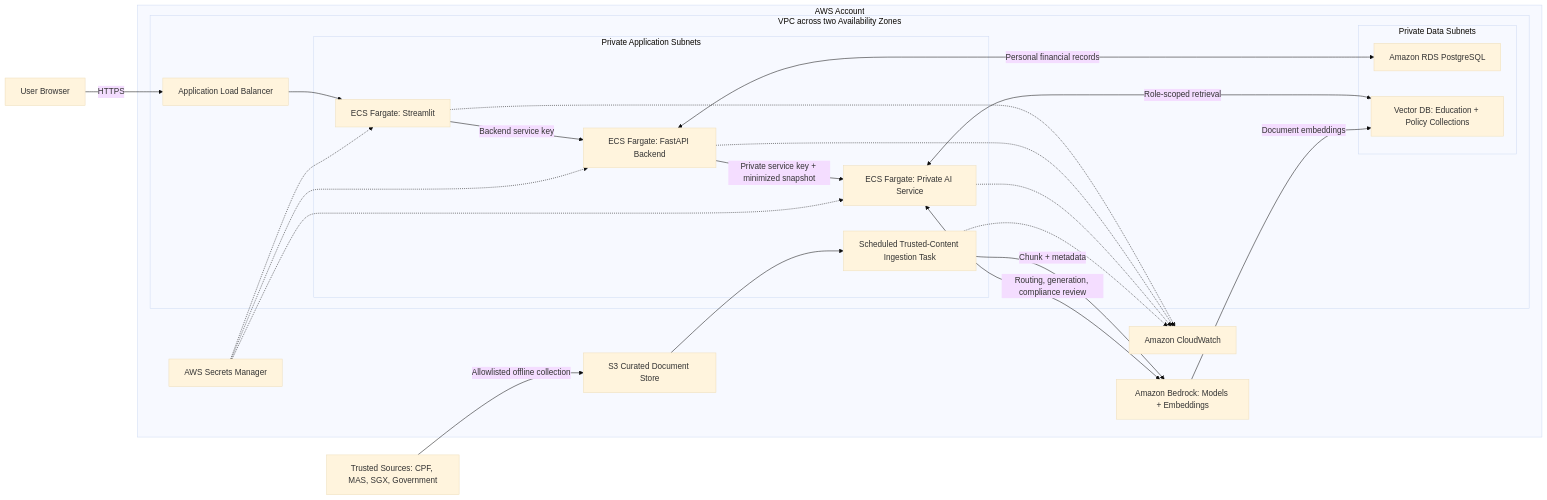
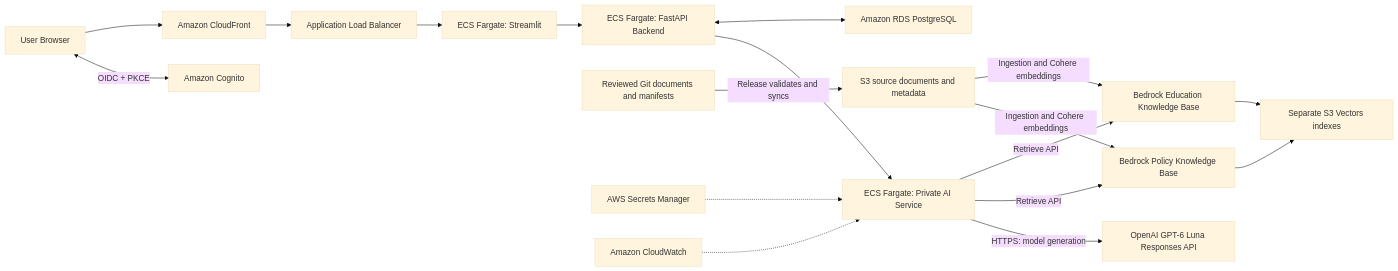
One commit to Seanleng99/nus-iss-ais-team9 changed the diagram in diagrams/financial-coach-physical.mmd. Above: the diagram before and after it, drawn with Mermaid (base theme). The commit also changed 107 other files, not shown here.

```diff
--- a/diagrams/financial-coach-physical.mmd
+++ b/diagrams/financial-coach-physical.mmd
@@ -1,43 +1,18 @@
-graph LR
-  User["User Browser"] -->|"HTTPS"| ALB["Application Load Balancer"]
-
-  subgraph AWS["AWS Account"]
-    subgraph VPC["VPC across two Availability Zones"]
-      subgraph AppTier["Private Application Subnets"]
-        UI["ECS Fargate: Streamlit"]
-        Backend["ECS Fargate: FastAPI Backend"]
-        AI["ECS Fargate: Private AI Service"]
-        Ingestion["Scheduled Trusted-Content Ingestion Task"]
-      end
-
-      subgraph DataTier["Private Data Subnets"]
-        RDS["Amazon RDS PostgreSQL"]
-        VectorDB["Vector DB: Education + Policy Collections"]
-      end
-
-      ALB --> UI
-      UI -->|"Backend service key"| Backend
-      Backend -->|"Private service key + minimized snapshot"| AI
-      Backend <-->|"Personal financial records"| RDS
-      AI <-->|"Role-scoped retrieval"| VectorDB
-    end
-
-    S3["S3 Curated Document Store"]
-    Bedrock["Amazon Bedrock: Models + Embeddings"]
-    Secrets["AWS Secrets Manager"]
-    Logs["Amazon CloudWatch"]
-
-    S3 --> Ingestion
-    Ingestion -->|"Chunk + metadata"| Bedrock
-    Bedrock -->|"Document embeddings"| VectorDB
-    AI <-->|"Routing, generation, compliance review"| Bedrock
-    Secrets -.-> UI
-    Secrets -.-> Backend
-    Secrets -.-> AI
-    UI -.-> Logs
-    Backend -.-> Logs
-    AI -.-> Logs
-    Ingestion -.-> Logs
-  end
-
-  Sources["Trusted Sources: CPF, MAS, SGX, Government"] -->|"Allowlisted offline collection"| S3
+flowchart LR
+  User["User Browser"] --> CloudFront["Amazon CloudFront"]
+  User <-->|"OIDC + PKCE"| Cognito["Amazon Cognito"]
+  CloudFront --> ALB["Application Load Balancer"]
+  ALB --> UI["ECS Fargate: Streamlit"]
+  UI --> Backend["ECS Fargate: FastAPI Backend"]
+  Backend <--> RDS["Amazon RDS PostgreSQL"]
+  Backend --> AI["ECS Fargate: Private AI Service"]
+  AI -->|"Retrieve API"| Education["Bedrock Education Knowledge Base"]
+  AI -->|"Retrieve API"| Policy["Bedrock Policy Knowledge Base"]
+  Git["Reviewed Git documents and manifests"] -->|"Release validates and syncs"| S3["S3 source documents and metadata"]
+  S3 -->|"Ingestion and Cohere embeddings"| Education
+  S3 -->|"Ingestion and Cohere embeddings"| Policy
+  Education --> Vectors["Separate S3 Vectors indexes"]
+  Policy --> Vectors
+  AI -->|"HTTPS: model generation"| OpenAI["OpenAI GPT-6 Luna Responses API"]
+  Secrets["AWS Secrets Manager"] -.-> AI
+  Logs["Amazon CloudWatch"] -.-> AI
```
